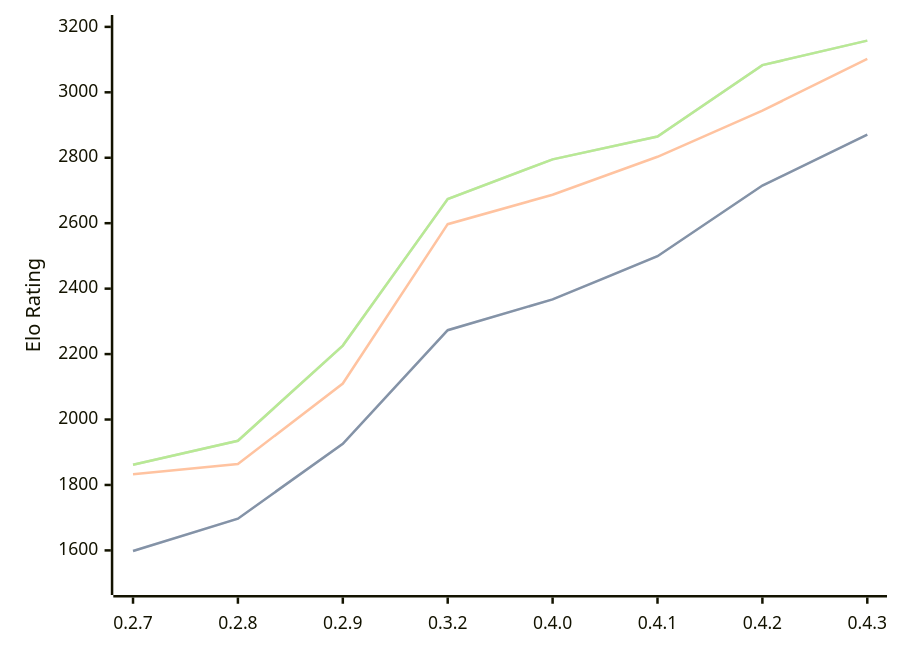
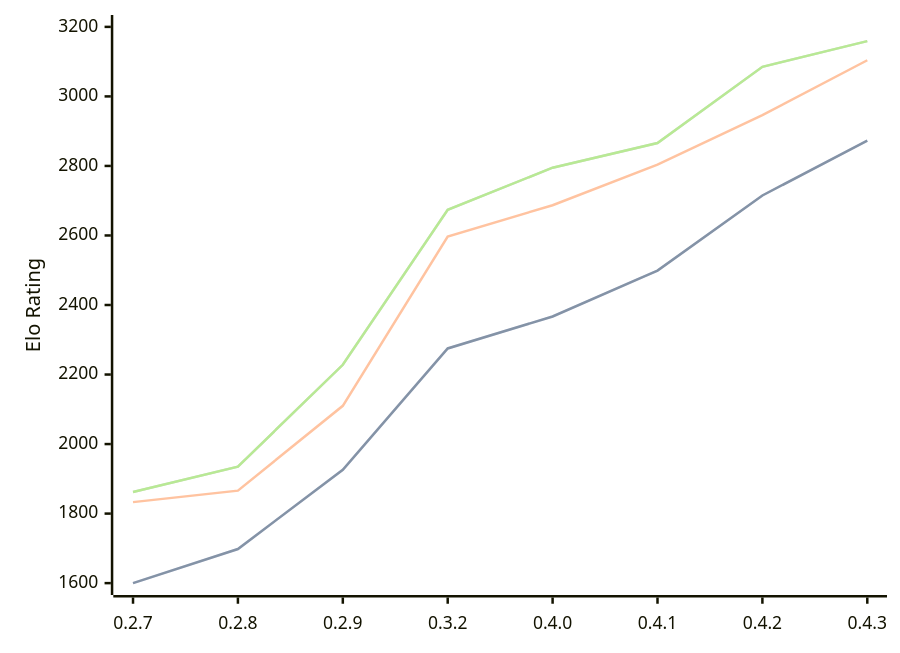
The diagram in engines/Dual.md (computer-chess-index/cci), drawn with Mermaid before and after one commit. The commit also changed other lines of this file, not shown here.

Commit message:
Update CCI Ratings (ELO VLTC) - 2026-09-16

````diff
--- a/engines/Dual.md
+++ b/engines/Dual.md
@@ -40,11 +40,11 @@
 ```mermaid
 %%{init: {"theme":"base","themeVariables":{"seriesColors:['#a3a3a3','#222221','#faa371']}}}%%
 xychart-beta
   x-axis ["0.2.7", "0.2.8", "0.2.9", "0.3.2", "0.4.0", "0.4.1", "0.4.2", "0.4.3"]
-  y-axis "Elo Rating" 1500 --> 3200
-  line "" [1598, 1697, 1926, 2273, 2367, 2499, 2715, 2871]
-  line "STC (8.0+0.08s)" [1598, 1697, 1926, 2273, 2367, 2499, 2715, 2871]
-  line "LTC (60.0+0.60s)" [1833, 1864, 2110, 2597, 2687, 2803, 2944, 3102]
-  line "" [1862, 1935, 2226, 2674, 2795, 2865, 3083, 3158]
-  line "VLTC (2m24s+1.12s)" [1862, 1935, 2226, 2674, 2795, 2865, 3083, 3158]
+  y-axis "Elo Rating" 1600 --> 3200
+  line "" [1600, 1698, 1926, 2275, 2367, 2499, 2715, 2873]
+  line "STC (8.0+0.08s)" [1600, 1698, 1926, 2275, 2367, 2499, 2715, 2873]
+  line "LTC (60.0+0.60s)" [1833, 1866, 2110, 2597, 2687, 2804, 2946, 3104]
+  line "" [1862, 1935, 2228, 2674, 2795, 2866, 3085, 3159]
+  line "VLTC (2m24s+1.12s)" [1862, 1935, 2228, 2674, 2795, 2866, 3085, 3159]
 ```
````
